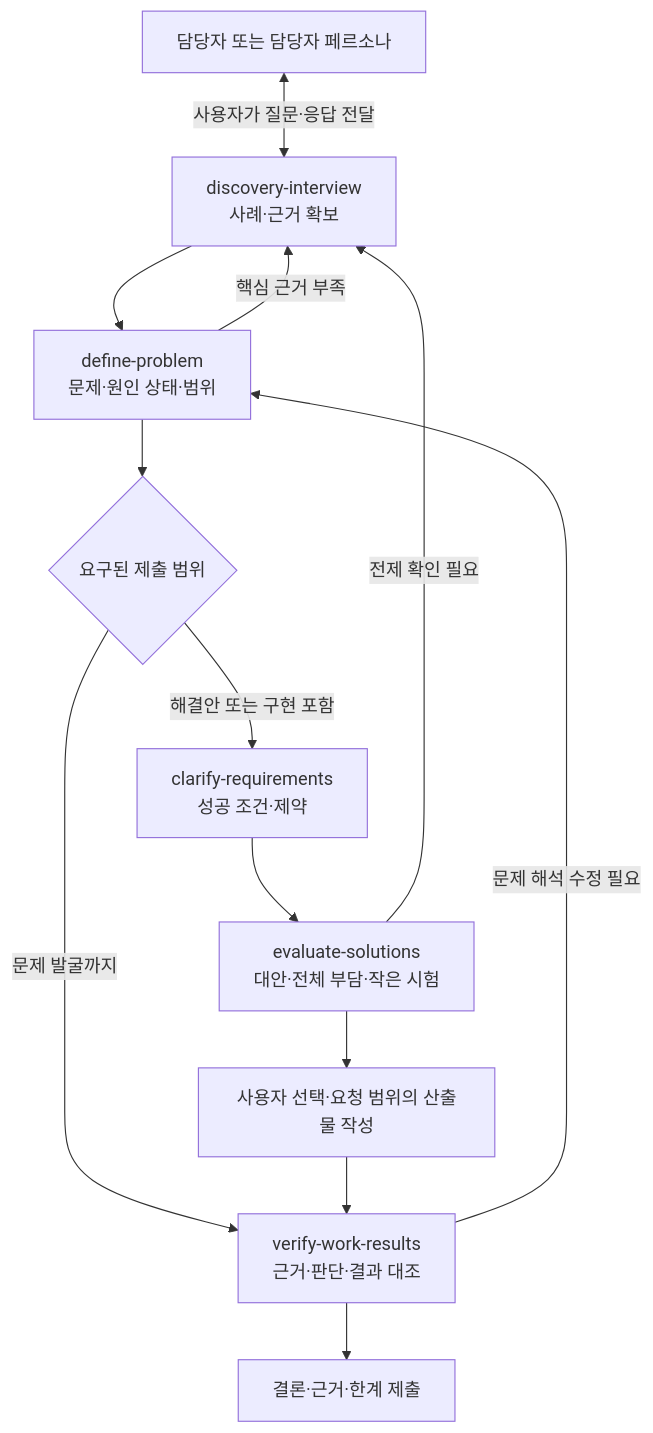
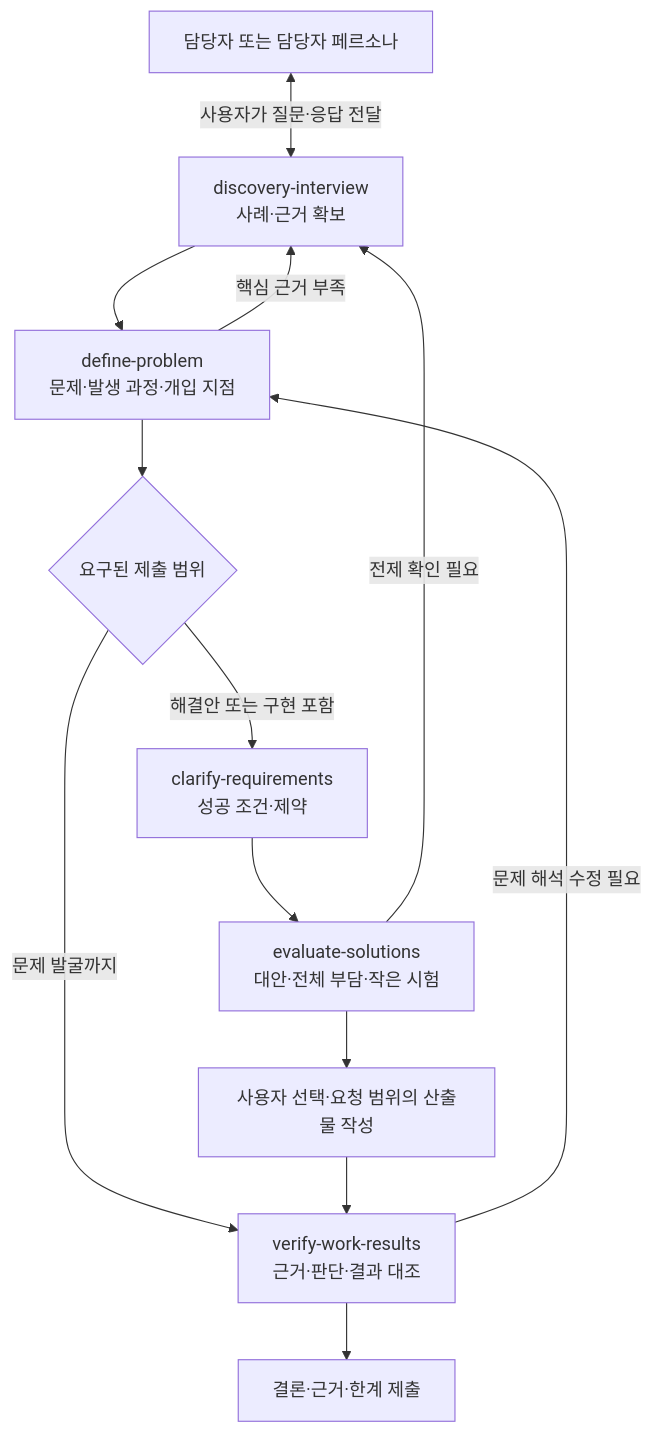
Before and after one commit to Hayden-J/product-skill-trees: the diagram in README.md, drawn with Mermaid. The commit also changed other lines of this file and 20 other files, not shown here.

````diff
--- a/README.md
+++ b/README.md
@@ -26,15 +44,15 @@
 ```mermaid
 flowchart TD
     P[담당자 또는 담당자 페르소나] <-->|사용자가 질문·응답 전달| I[discovery-interview<br/>사례·근거 확보]
-    I --> D[define-problem<br/>문제·원인 상태·범위]
+    I --> D[define-problem<br/>문제·발생 과정·개입 지점]
     D -->|핵심 근거 부족| I
     D --> G{요구된 제출 범위}
     G -->|문제 발굴까지| V[verify-work-results<br/>근거·판단·결과 대조]
     G -->|해결안 또는 구현 포함| R[clarify-requirements<br/>성공 조건·제약]
     R --> E[evaluate-solutions<br/>대안·전체 부담·작은 시험]
     E -->|전제 확인 필요| I
     E --> C[사용자 선택·요청 범위의 산출물 작성]
     C --> V
     V -->|문제 해석 수정 필요| D
     V --> F[결론·근거·한계 제출]
 ```
````
